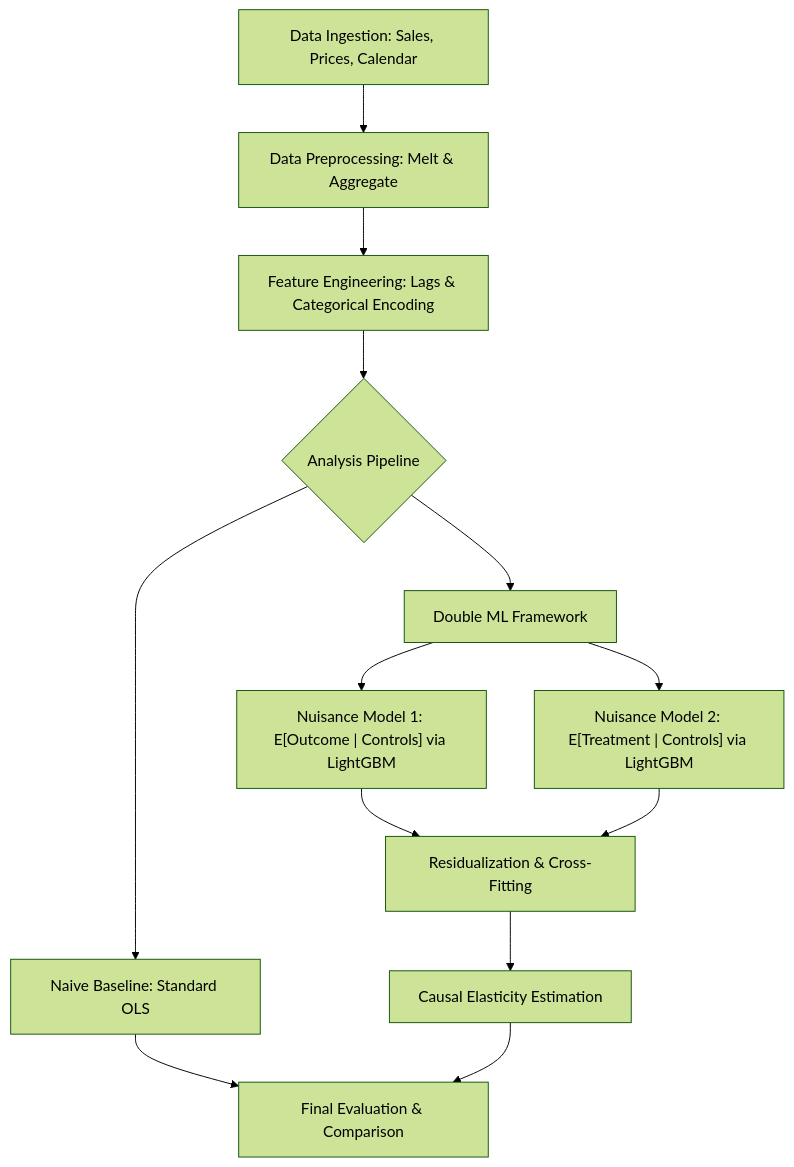
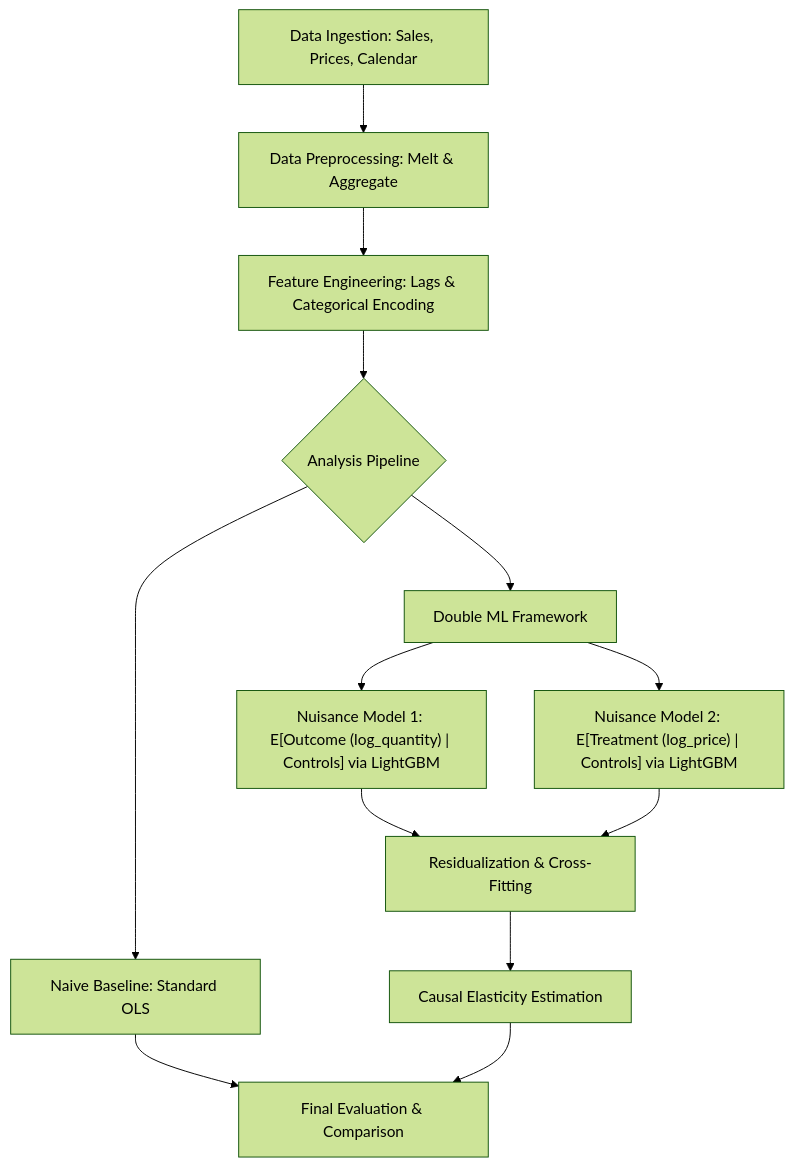
One commit to gulkhan92/DoubleML_for_Demand_Price_Elasticity changed the diagram in README.md. Above: the diagram before and after it, drawn with Mermaid (forest theme). The commit also changed other lines of this file, not shown here.

````diff
--- a/README.md
+++ b/README.md
@@ -9,15 +9,15 @@
 ```mermaid
 graph TD
     A["Data Ingestion: Sales, Prices, Calendar"] --> B["Data Preprocessing: Melt & Aggregate"]
     B --> C["Feature Engineering: Lags & Categorical Encoding"]
     C --> D{"Analysis Pipeline"}
     D --> E["Naive Baseline: Standard OLS"]
     D --> F["Double ML Framework"]
-    F --> G["Nuisance Model 1: E[Outcome | Controls] via LightGBM"]
-    F --> H["Nuisance Model 2: E[Treatment | Controls] via LightGBM"]
+    F --> G["Nuisance Model 1: E[Outcome (log_quantity) | Controls] via LightGBM"]
+    F --> H["Nuisance Model 2: E[Treatment (log_price) | Controls] via LightGBM"]
     G --> I["Residualization & Cross-Fitting"]
     H --> I
     I --> J["Causal Elasticity Estimation"]
     E --> K["Final Evaluation & Comparison"]
     J --> K
 ```
````
